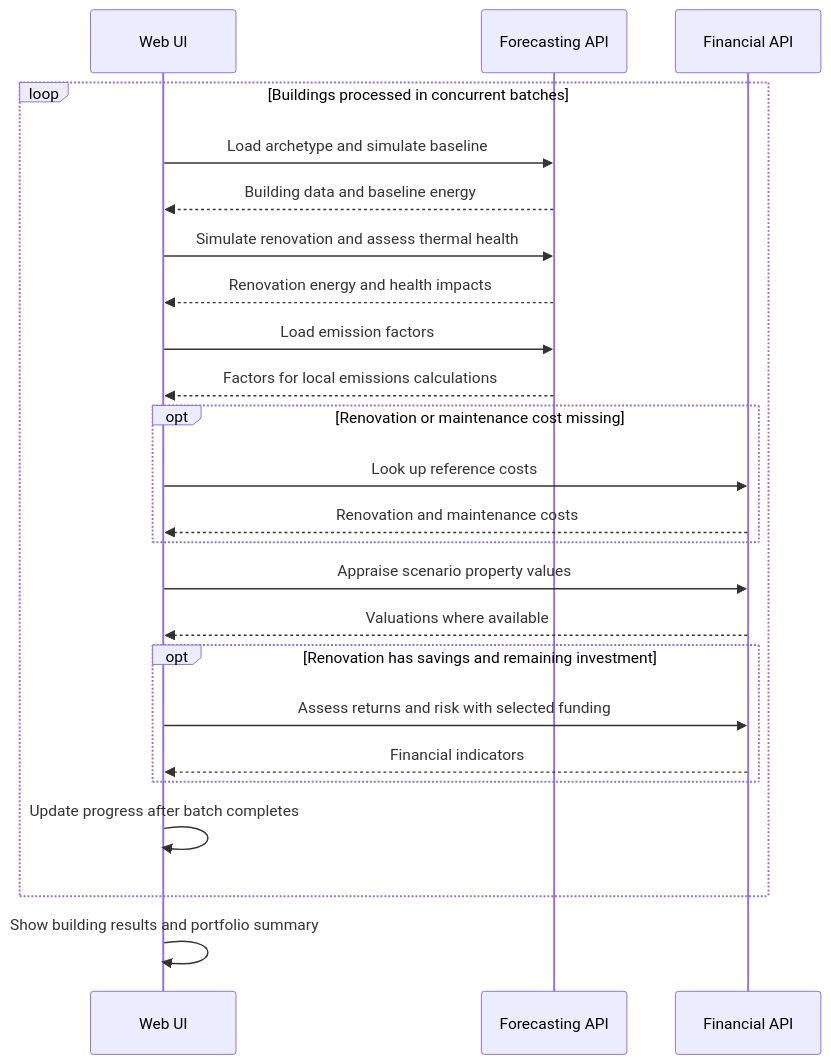
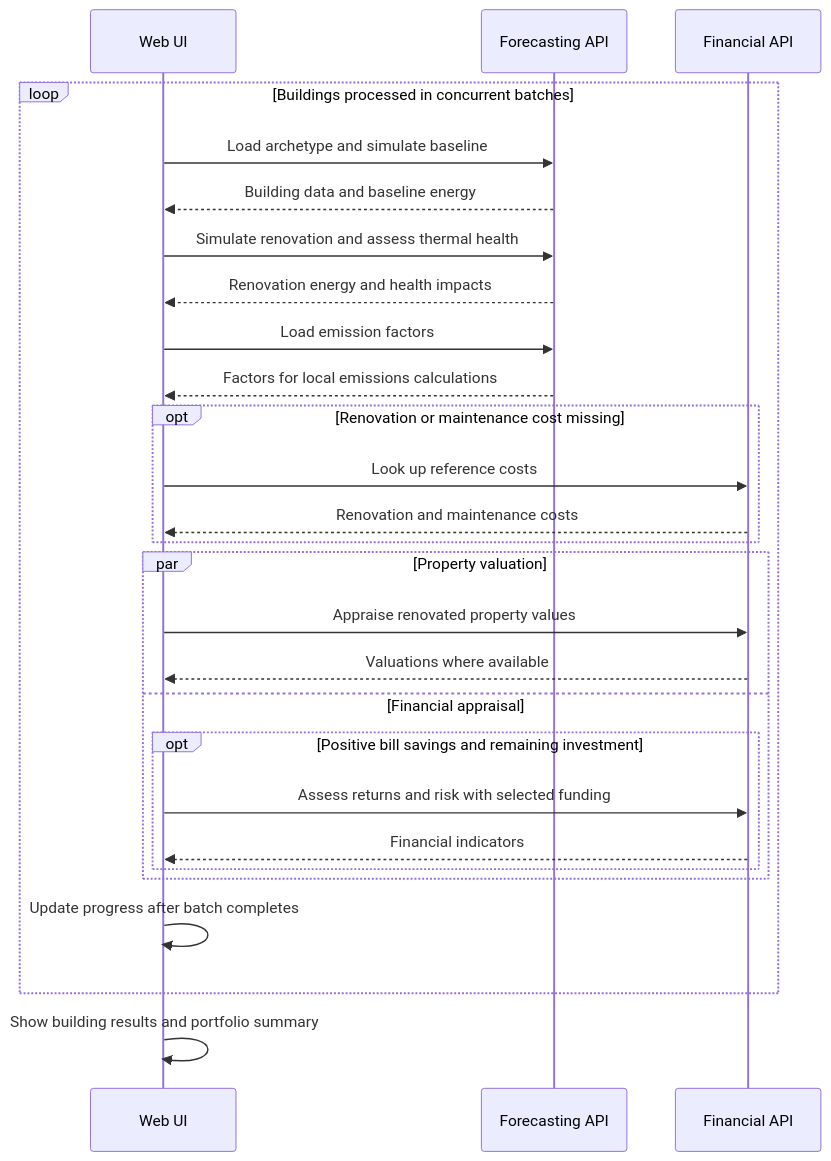
One commit to ReLIFE-Project-EU/relife-web-ui changed the third of 4 diagrams in README.md. Above: the diagram before and after it, drawn with Mermaid. The commit also changed other lines of this file, not shown here.

````diff
--- a/README.md
+++ b/README.md
@@ -96,27 +115,30 @@
 ```mermaid
 sequenceDiagram
     participant UI as Web UI
     participant FCAST as Forecasting API
     participant FIN as Financial API
 
     loop Buildings processed in concurrent batches
       UI->>FCAST: Load archetype and simulate baseline
       FCAST-->>UI: Building data and baseline energy
       UI->>FCAST: Simulate renovation and assess thermal health
       FCAST-->>UI: Renovation energy and health impacts
       UI->>FCAST: Load emission factors
       FCAST-->>UI: Factors for local emissions calculations
       opt Renovation or maintenance cost missing
         UI->>FIN: Look up reference costs
         FIN-->>UI: Renovation and maintenance costs
       end
-      UI->>FIN: Appraise scenario property values
-      FIN-->>UI: Valuations where available
-      opt Renovation has savings and remaining investment
-        UI->>FIN: Assess returns and risk with selected funding
-        FIN-->>UI: Financial indicators
+      par Property valuation
+        UI->>FIN: Appraise renovated property values
+        FIN-->>UI: Valuations where available
+      and Financial appraisal
+        opt Positive bill savings and remaining investment
+          UI->>FIN: Assess returns and risk with selected funding
+          FIN-->>UI: Financial indicators
+        end
       end
       UI->>UI: Update progress after batch completes
     end
     UI->>UI: Show building results and portfolio summary
 ```
````
